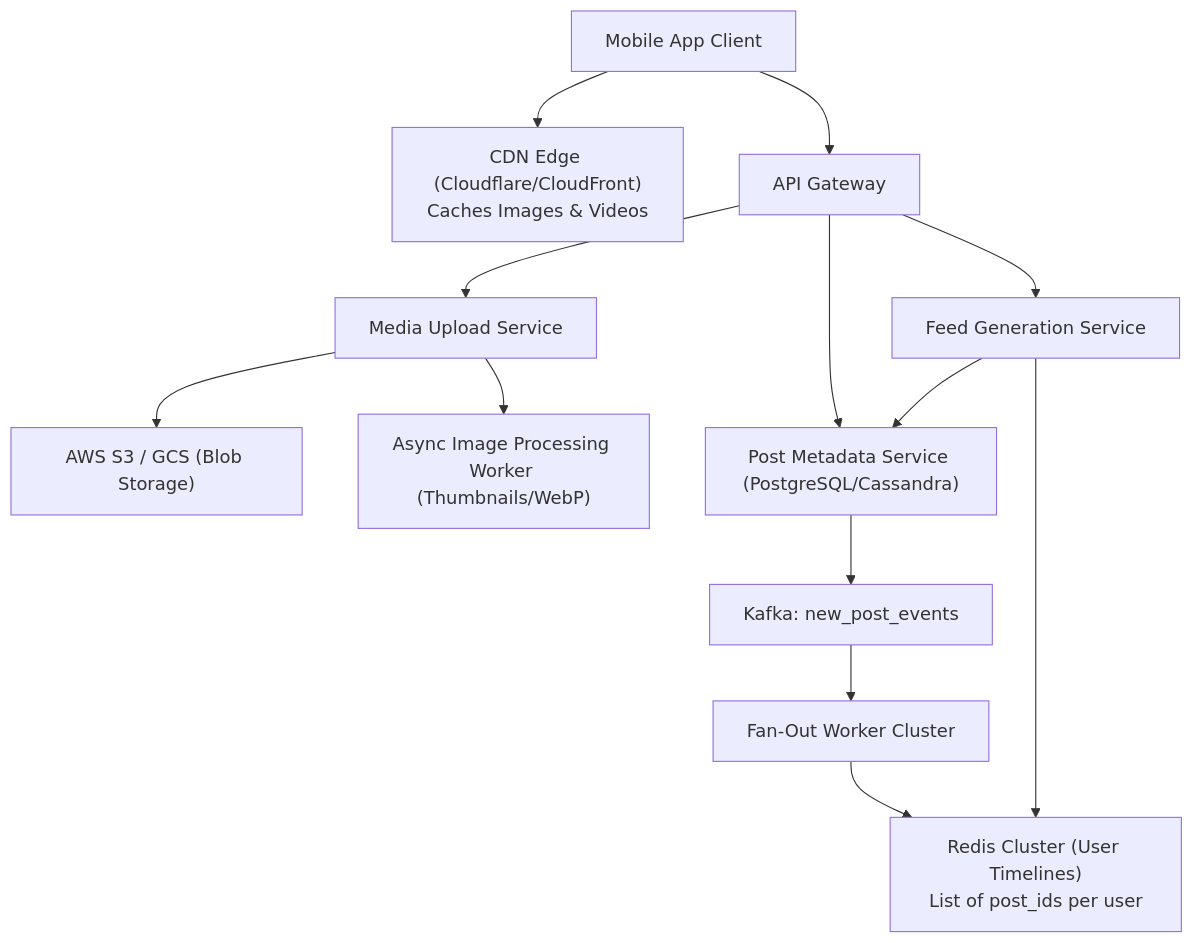
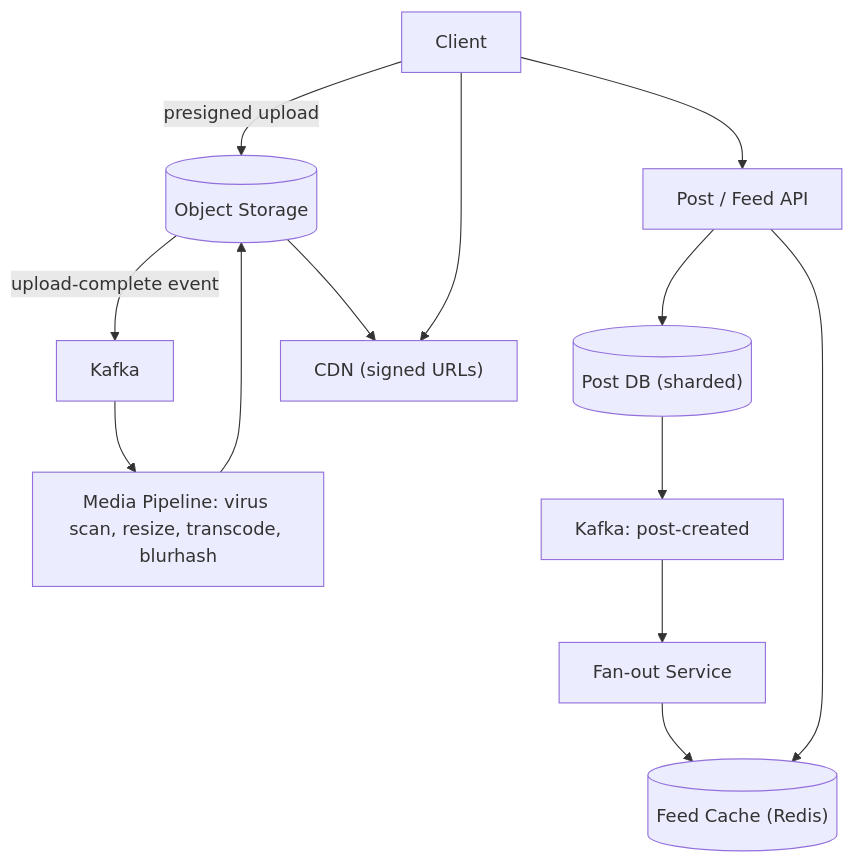
The diagram in 03-High-Level-Design/systems/03-instagram.md (reddykarthikeya1/AI-Systems-Mastery), drawn with Mermaid before and after one commit. The commit also changed other lines of this file and 9 other files, not shown here.

Commit message:
content(hld): expand 10 case studies with estimates (runnable), API, data model, failure modes, trade-offs, interview timeline

````diff
--- a/03-High-Level-Design/systems/03-instagram.md
+++ b/03-High-Level-Design/systems/03-instagram.md
@@ -27,19 +47,15 @@
 ```mermaid
 flowchart TD
-    Client["Mobile App Client"] --> CDN["CDN Edge (Cloudflare/CloudFront)<br/>Caches Images & Videos"]
-    Client --> API_GW["API Gateway"]
-    
-    API_GW --> UploadSvc["Media Upload Service"]
-    UploadSvc --> S3["AWS S3 / GCS (Blob Storage)"]
-    UploadSvc --> Transcoder["Async Image Processing Worker (Thumbnails/WebP)"]
-    
-    API_GW --> PostSvc["Post Metadata Service (PostgreSQL/Cassandra)"]
-    PostSvc --> Kafka["Kafka: new_post_events"]
-    
-    Kafka --> FanoutWorker["Fan-Out Worker Cluster"]
-    FanoutWorker --> FeedCache["Redis Cluster (User Timelines)<br/>List of post_ids per user"]
-    
-    API_GW --> FeedSvc["Feed Generation Service"]
-    FeedSvc --> FeedCache
-    FeedSvc --> PostSvc
+    C["Client"] -->|"presigned upload"| S3[("Object Storage")]
+    S3 -->|"upload-complete event"| MQ["Kafka"]
+    MQ --> Proc["Media Pipeline: virus scan, resize, transcode, blurhash"]
+    Proc --> S3
+    C --> API["Post / Feed API"]
+    API --> Posts[("Post DB (sharded)")]
+    Posts --> MQ2["Kafka: post-created"]
+    MQ2 --> Fan["Fan-out Service"]
+    Fan --> Feed[("Feed Cache (Redis)")]
+    API --> Feed
+    S3 --> CDN["CDN (signed URLs)"]
+    C --> CDN
 ```
````
